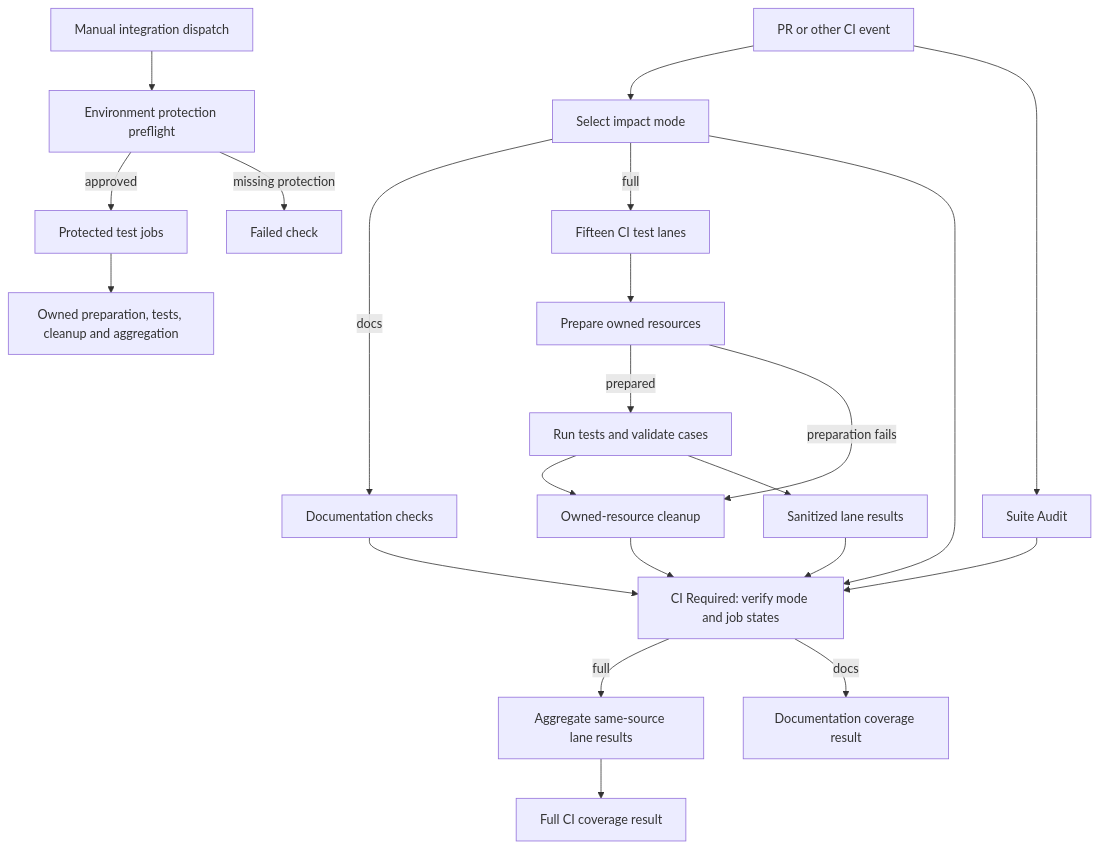
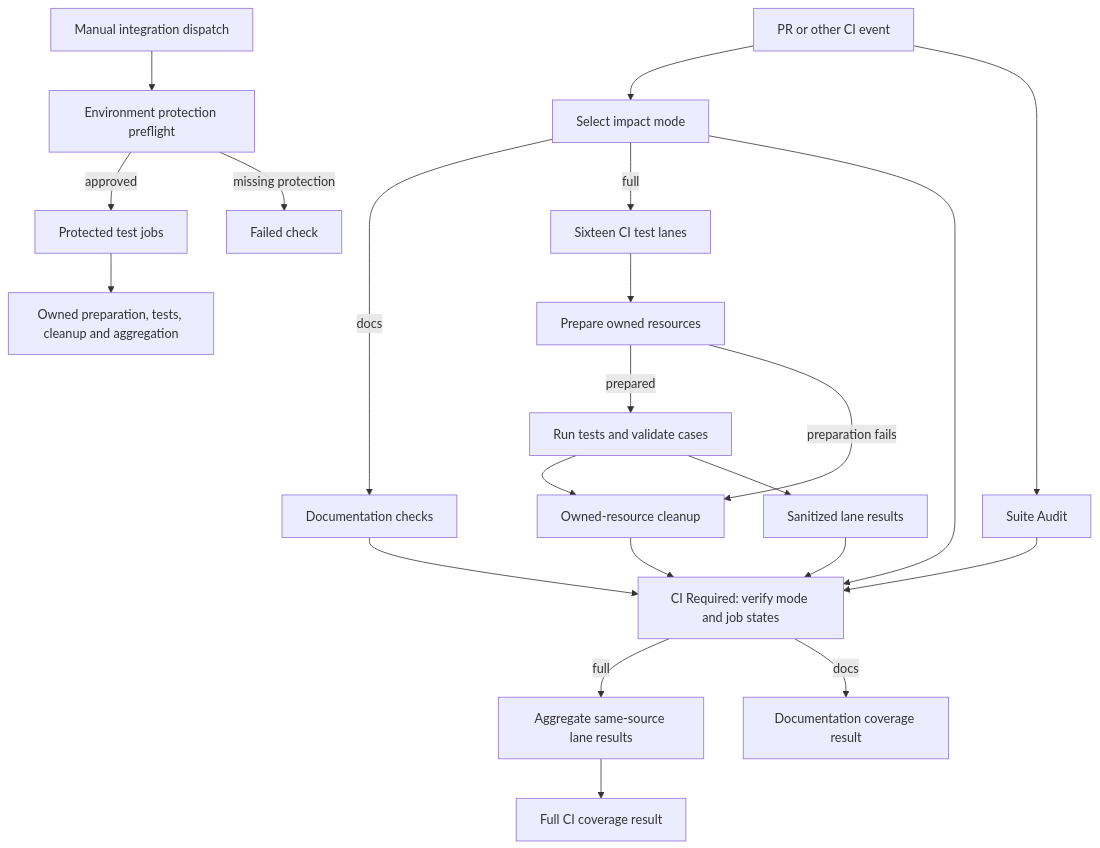
The diagram in docs/flows/github-actions-testing.md (IsaiahStapleton/openclaw-enterprise), drawn with Mermaid before and after one commit. The commit also changed other lines of this file and 13 other files, not shown here.

````diff
--- a/docs/flows/github-actions-testing.md
+++ b/docs/flows/github-actions-testing.md
@@ -21,24 +21,24 @@
 ```mermaid
 graph TD
   A["PR or other CI event"] --> S["Select impact mode"]
   A --> N["Suite Audit"]
   S -->|docs| D["Documentation checks"]
-  S -->|full| B["Fifteen CI test lanes"]
+  S -->|full| B["Sixteen CI test lanes"]
   B --> F["Prepare owned resources"]
   F -->|prepared| H["Run tests and validate cases"]
   F -->|preparation fails| J["Owned-resource cleanup"]
   H --> J
   H --> K["Sanitized lane results"]
   J --> G["CI Required: verify mode and job states"]
   S --> G
   N --> G
   D --> G
   K --> G
   G -->|full| L["Aggregate same-source lane results"]
   G -->|docs| M["Documentation coverage result"]
   L --> R["Full CI coverage result"]
   C["Manual integration dispatch"] --> P["Environment protection preflight"]
   P -->|approved| E["Protected test jobs"]
   P -->|missing protection| X["Failed check"]
   E --> T["Owned preparation, tests, cleanup and aggregation"]
 ```
````
